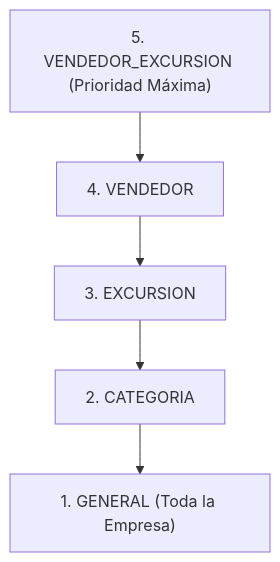
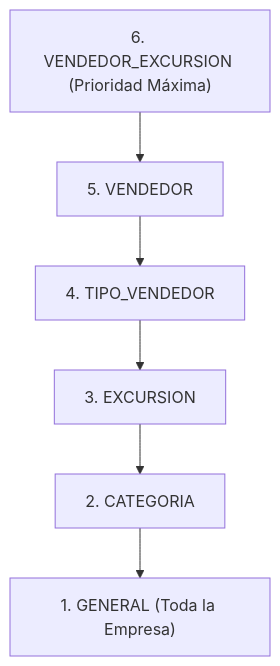
One commit to starlinpaulino94-cloud/MEMBEGO changed the third of 4 diagrams in docs/EXCURSIONES.md. Above: the diagram before and after it, drawn with Mermaid. The commit also changed other lines of this file and 1 other file, not shown here.

````diff
--- a/docs/EXCURSIONES.md
+++ b/docs/EXCURSIONES.md
@@ -167,7 +145,8 @@
 ```mermaid
 graph TD
-    A["5. VENDEDOR_EXCURSION (Prioridad Máxima)"] --> B["4. VENDEDOR"]
-    B --> C["3. EXCURSION"]
-    C --> D["2. CATEGORIA"]
-    D --> E["1. GENERAL (Toda la Empresa)"]
+    A["6. VENDEDOR_EXCURSION (Prioridad Máxima)"] --> B["5. VENDEDOR"]
+    B --> C["4. TIPO_VENDEDOR"]
+    C --> D["3. EXCURSION"]
+    D --> E["2. CATEGORIA"]
+    E --> F["1. GENERAL (Toda la Empresa)"]
 ```
````
